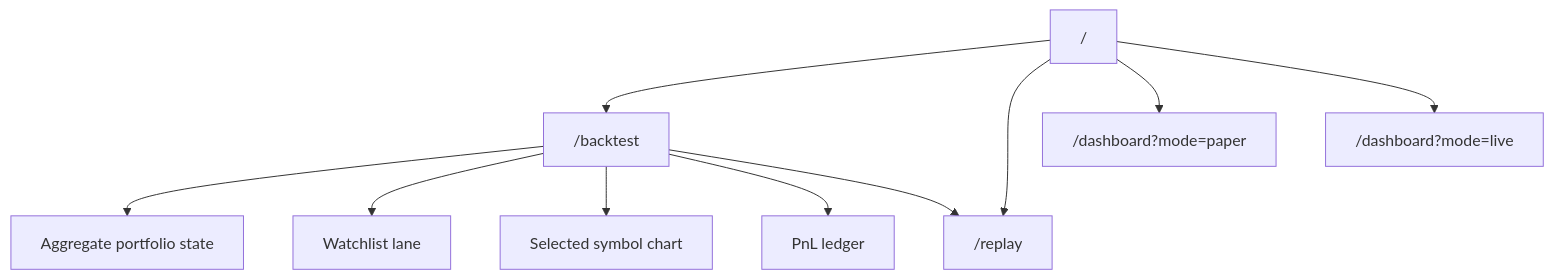
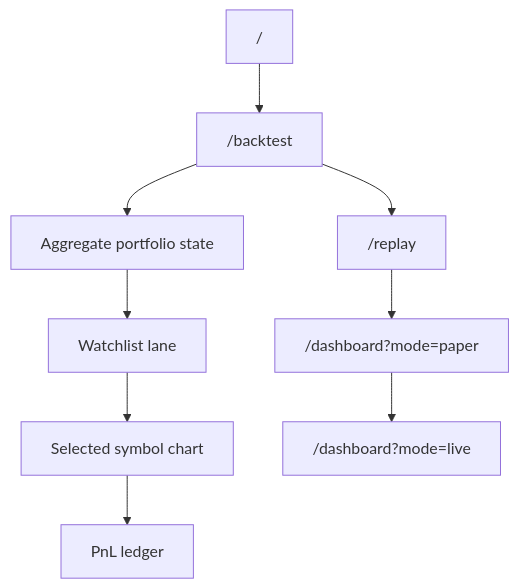
One commit to nneupane1/SCALPING-SYSTEM changed the fourth of 4 diagrams in README.md. Above: the diagram before and after it, drawn with Mermaid. The commit also changed other lines of this file, not shown here.

Commit message:
Make README mermaid diagrams vertical

````diff
--- a/README.md
+++ b/README.md
@@ -1028,12 +1028,12 @@
 ```mermaid
-flowchart TD
-    home["/"] --> backtest["/backtest"]
-    home --> replay["/replay"]
-    home --> paper["/dashboard?mode=paper"]
-    home --> live["/dashboard?mode=live"]
+flowchart TB
+    home["/"]
+    home --> backtest["/backtest"]
     backtest --> aggregate["Aggregate portfolio state"]
-    backtest --> watchlist["Watchlist lane"]
-    backtest --> focus["Selected symbol chart"]
-    backtest --> ledger["PnL ledger"]
-    backtest --> replay
+    aggregate --> watchlist["Watchlist lane"]
+    watchlist --> focus["Selected symbol chart"]
+    focus --> ledger["PnL ledger"]
+    backtest --> replay["/replay"]
+    replay --> paper["/dashboard?mode=paper"]
+    paper --> live["/dashboard?mode=live"]
 ```
````
